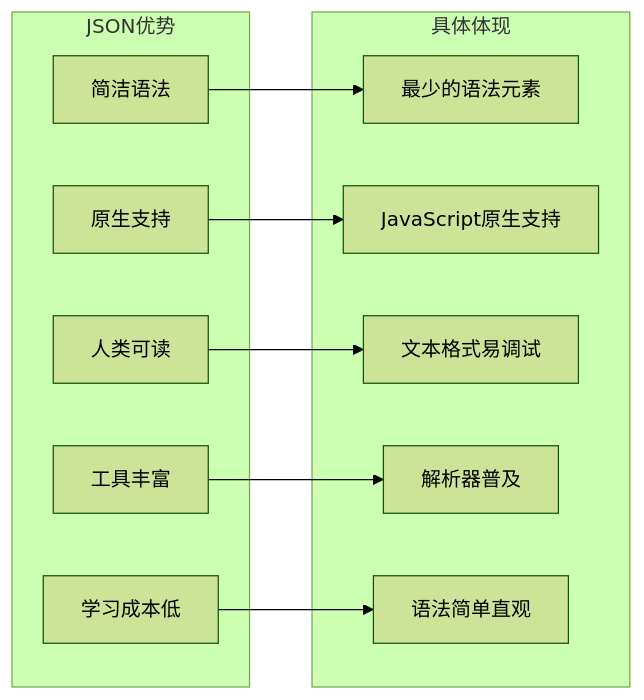
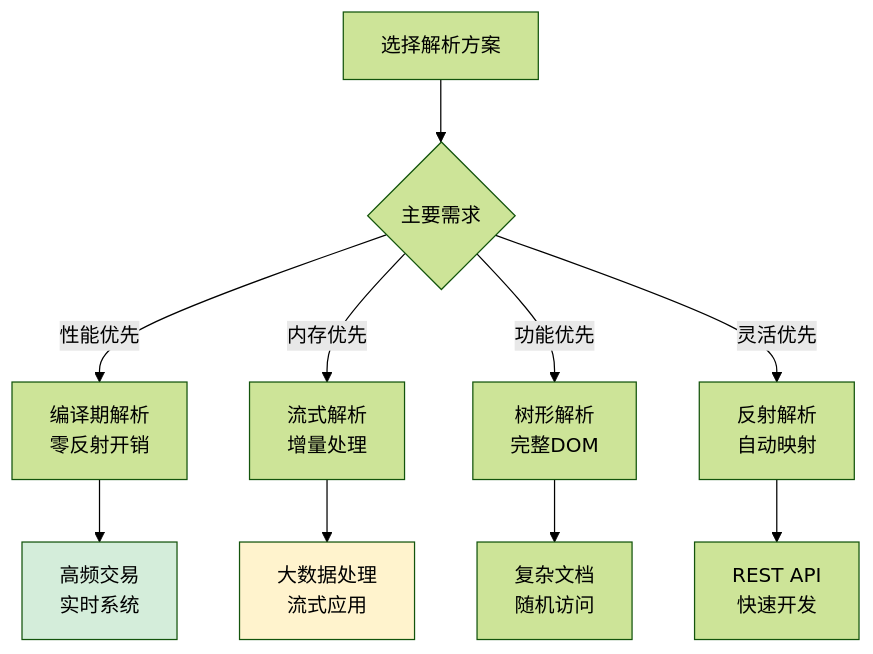
Before and after one commit to chongyang211/YCBookBlog: diagram 11 of 25 in 00.通用技术的提升/02.程序编程原理/06.数据解析设计思想.md, drawn with Mermaid (forest theme). The commit also changed other lines of this file and 28 other files, not shown here.

````diff
--- a/00.通用技术的提升/02.程序编程原理/06.数据解析设计思想.md
+++ b/00.通用技术的提升/02.程序编程原理/06.数据解析设计思想.md
@@ -271,24 +440,16 @@
 ```mermaid
-graph LR
-    subgraph "JSON优势"
-        A[简洁语法]
-        B[原生支持]
-        C[人类可读]
-        D[工具丰富]
-        E[学习成本低]
-    end
+flowchart TD
+    A[选择解析方案] --> B{主要需求}
+    B -->|性能优先| C[编译期解析<br/>零反射开销]
+    B -->|内存优先| D[流式解析<br/>增量处理]
+    B -->|功能优先| E[树形解析<br/>完整DOM]
+    B -->|灵活优先| F[反射解析<br/>自动映射]
     
-    subgraph "具体体现"
-        A1[最少的语法元素]
-        B1[JavaScript原生支持]
-        C1[文本格式易调试]
-        D1[解析器普及]
-        E1[语法简单直观]
-    end
+    C --> G[高频交易<br/>实时系统]
+    D --> H[大数据处理<br/>流式应用]
+    E --> I[复杂文档<br/>随机访问]
+    F --> J[REST API<br/>快速开发]
     
-    A --> A1
-    B --> B1
-    C --> C1
-    D --> D1
-    E --> E1
+    style G fill:#d4edda
+    style H fill:#fff3cd
 ```
````
